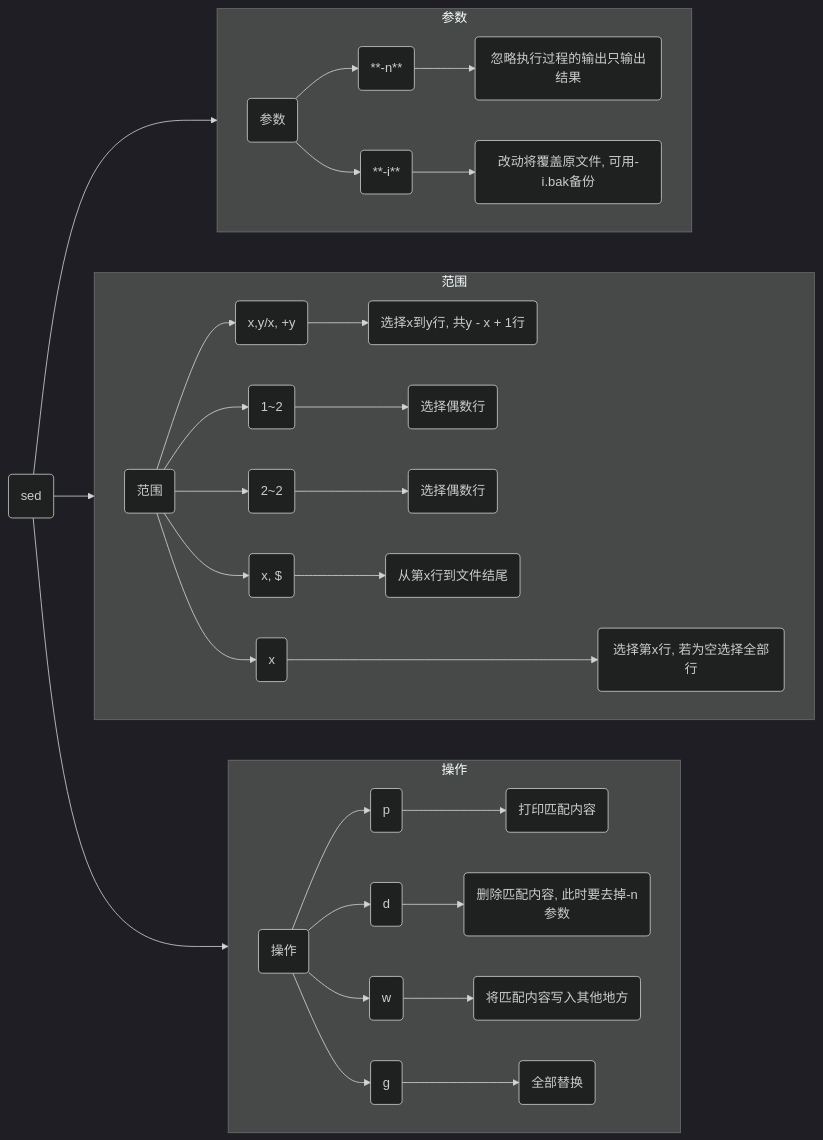
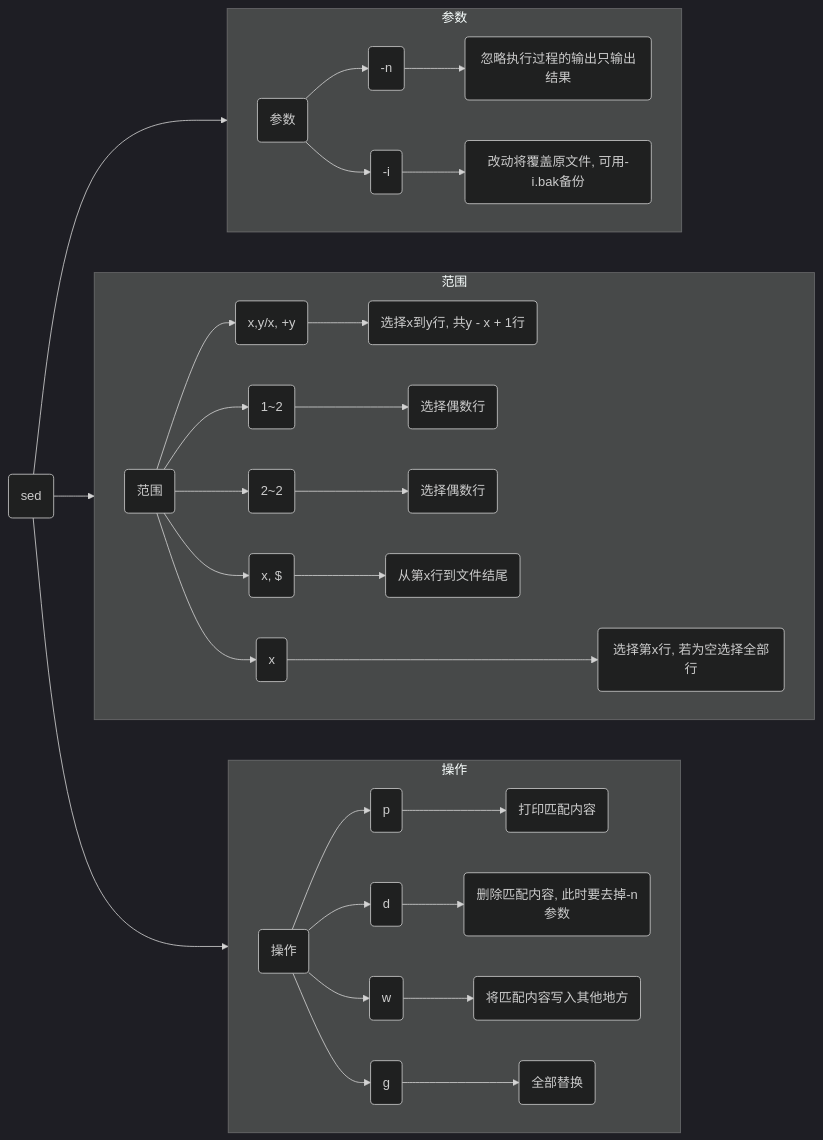
Before and after one commit to dmjcb/dmjcb.github.io: the second of 2 diagrams in _posts/OS/Linux/指令/2021-01-16-文件文本指令.md, drawn with Mermaid (dark theme). The commit also changed other lines of this file and 37 other files, not shown here.

Commit message:
增加动态库博客中说明图片

````diff
--- a/_posts/OS/Linux/指令/2021-01-16-文件文本指令.md
+++ b/_posts/OS/Linux/指令/2021-01-16-文件文本指令.md
@@ -203,80 +203,80 @@
 ```mermaid
 graph LR;
     S(sed)
 
     subgraph 参数
         direction LR
         
         P(参数)
-        n(**-n**)
+        n("-n")
         n1(忽略执行过程的输出只输出结果)
         P-->n
         n-->n1
 
-        i(**-i**)
+        i("-i")
         i1(改动将覆盖原文件, 可用-i.bak备份)
         P-->i
         i-->i1
     end
 
     subgraph 范围
         direction LR
         D(范围)
 
         x(x)
         x1(选择第x行, 若为空选择全部行)
         D-->x
         x-->x1
 
         y(x,y/x, +y)
         y1(选择x到y行, 共y - x + 1行)
         D-->y
         y-->y1
 
         z(1~2)
         z1(选择偶数行)
         D-->z
         z-->z1
 
         a(2~2)
         a1(选择偶数行)
         D-->a
         a-->a1
 
         b(x, $)
         b1(从第x行到文件结尾)
         D-->b
         b-->b1
     end
 
     subgraph 操作
         direction LR
         C(操作)
 
         p(p)
         p1(打印匹配内容)
         C-->p
         p-->p1
 
         d(d)
         d1( 删除匹配内容, 此时要去掉-n参数)
         C-->d
         d-->d1
 
         w(w)
         w1(将匹配内容写入其他地方)
         C-->w
         w-->w1
 
         g(g)
         g1(全部替换)
         C-->g
         g-->g1
     end
 
 
     S-->参数
     S-->范围
     S-->操作
 
 ```
````
